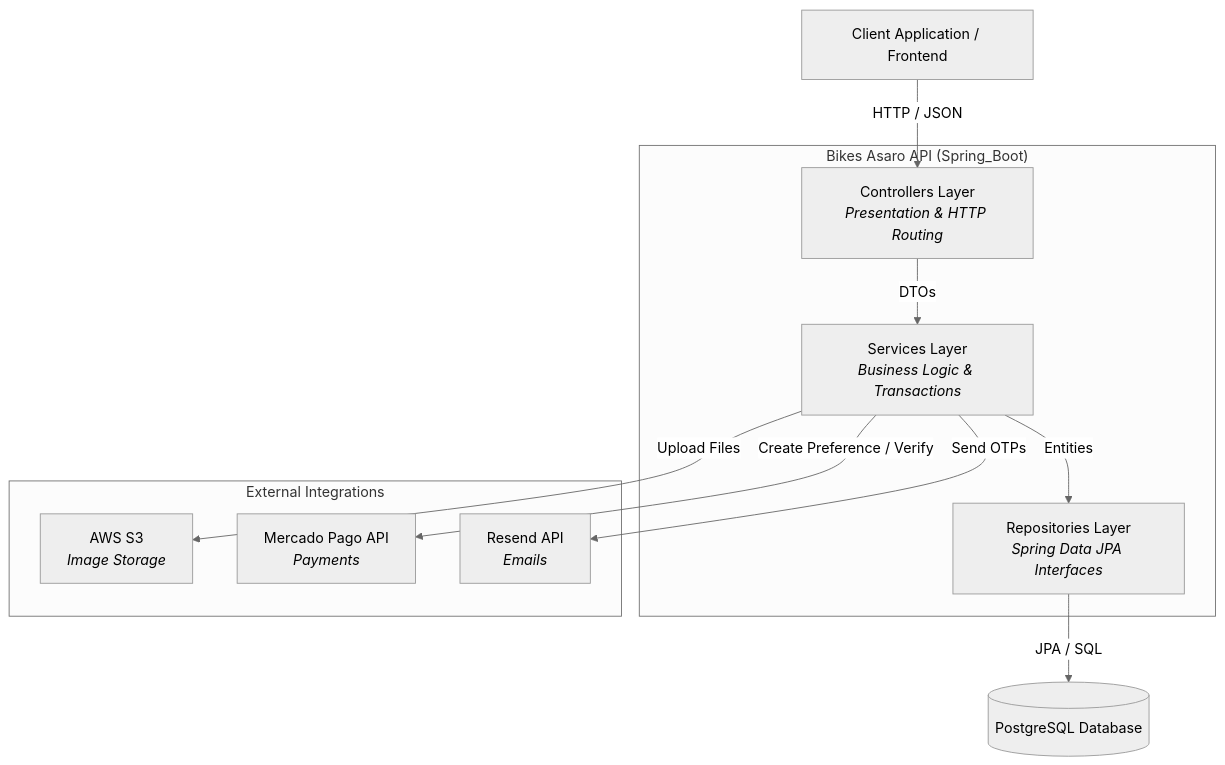
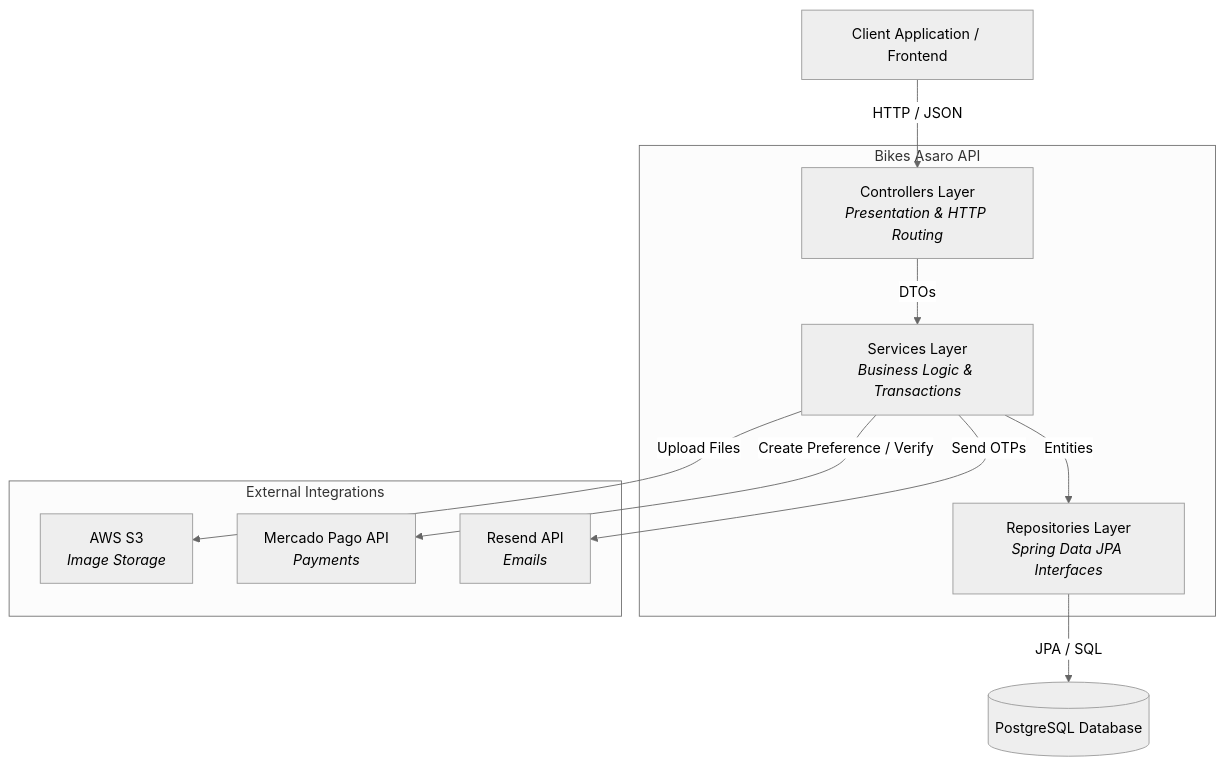
The first of 2 diagrams in README.md (Salompablo/bikestore-api), drawn with Mermaid (neutral theme) before and after one commit.

````diff
--- a/README.md
+++ b/README.md
@@ -52,27 +52,27 @@
 ```mermaid
 graph TD
     Client[Client Application / Frontend]
     
-    subgraph "Bikes Asaro API (Spring_Boot)"
+    subgraph "Bikes Asaro API"
         Controllers[Controllers Layer<br/><i>Presentation & HTTP Routing</i>]
         Services[Services Layer<br/><i>Business Logic & Transactions</i>]
         Repositories[Repositories Layer<br/><i>Spring Data JPA Interfaces</i>]
     end
     
     DB[(PostgreSQL Database)]
     
     subgraph "External Integrations"
         S3[AWS S3<br/><i>Image Storage</i>]
         MP[Mercado Pago API<br/><i>Payments</i>]
         Resend[Resend API<br/><i>Emails</i>]
     end
     
     Client -->|HTTP / JSON| Controllers
     Controllers -->|DTOs| Services
     Services -->|Entities| Repositories
     Repositories -->|JPA / SQL| DB
     
     Services -->|Upload Files| S3
     Services -->|Create Preference / Verify| MP
     Services -->|Send OTPs| Resend
 ```
````
